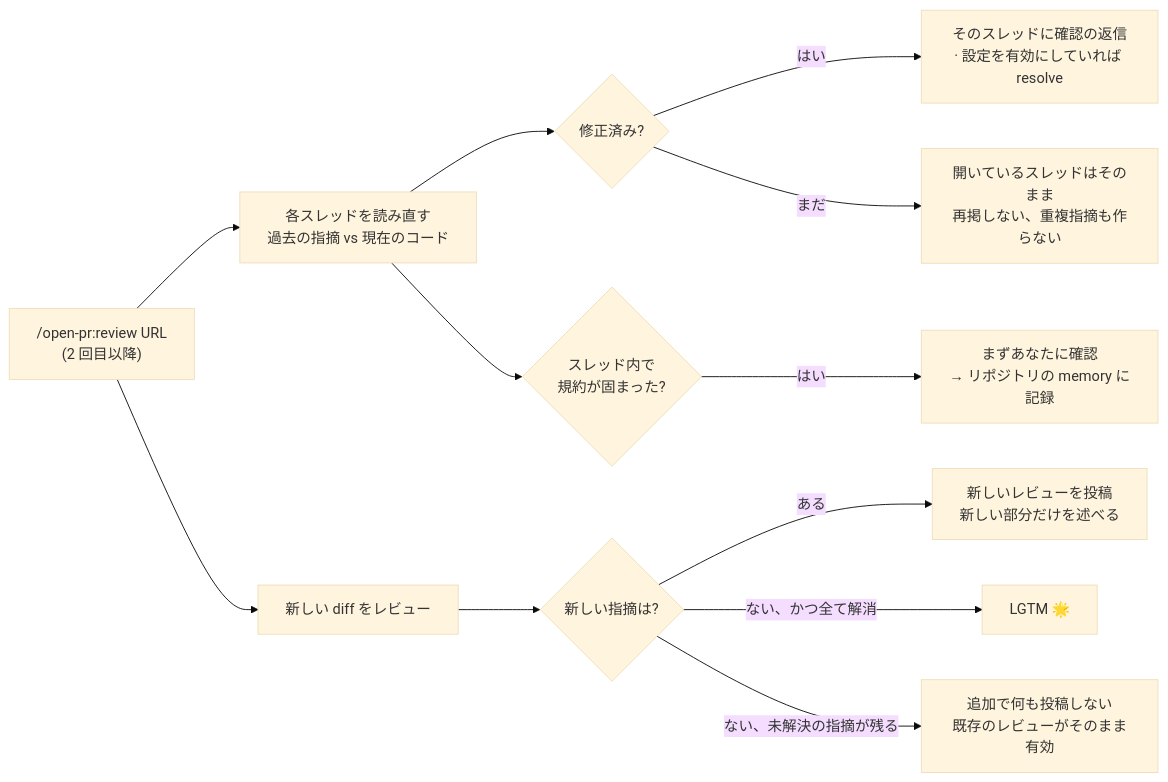
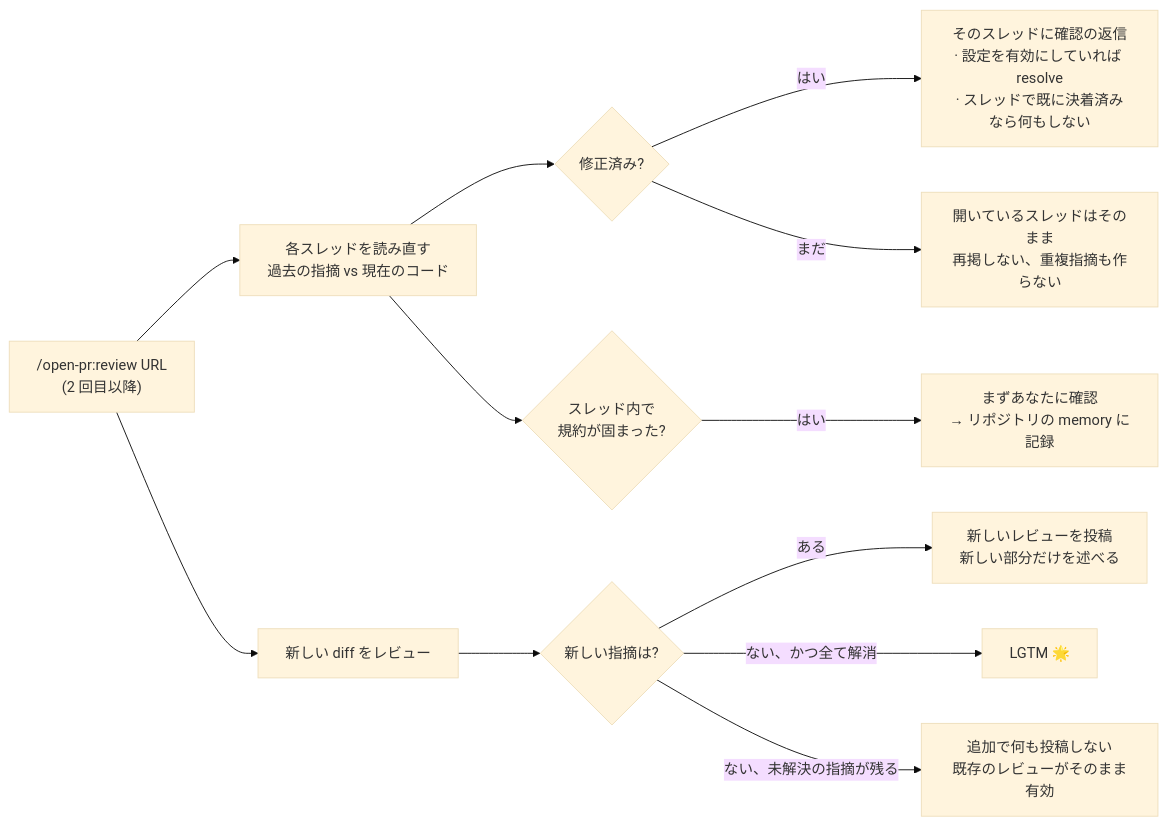
Before and after one commit to TOMOSIA-VIETNAM/open-pr: the first of 2 diagrams in docs/ja-JP/how-it-works.md, drawn with Mermaid (base theme). The commit also changed 3 other files, not shown here.

````diff
--- a/docs/ja-JP/how-it-works.md
+++ b/docs/ja-JP/how-it-works.md
@@ -13,14 +13,14 @@
 ```mermaid
 flowchart LR
   A["/open-pr:review URL<br/>(2 回目以降)"] --> B[各スレッドを読み直す<br/>過去の指摘 vs 現在のコード]
   B --> C{修正済み?}
-  C -- はい --> D["そのスレッドに確認の返信<br/>· 設定を有効にしていれば resolve"]
+  C -- はい --> D["そのスレッドに確認の返信<br/>· 設定を有効にしていれば resolve<br/>· スレッドで既に決着済みなら何もしない"]
   C -- まだ --> E["開いているスレッドはそのまま<br/>再掲しない、重複指摘も作らない"]
   B --> F{スレッド内で<br/>規約が固まった?}
   F -- はい --> G["まずあなたに確認<br/>→ リポジトリの memory に記録"]
   A --> H[新しい diff をレビュー]
   H --> I{新しい指摘は?}
   I -- ある --> J["新しいレビューを投稿<br/>新しい部分だけを述べる"]
   I -- ない、かつ全て解消 --> K[LGTM 🌟]
   I -- ない、未解決の指摘が残る --> L["追加で何も投稿しない<br/>既存のレビューがそのまま有効"]
 ```
````
